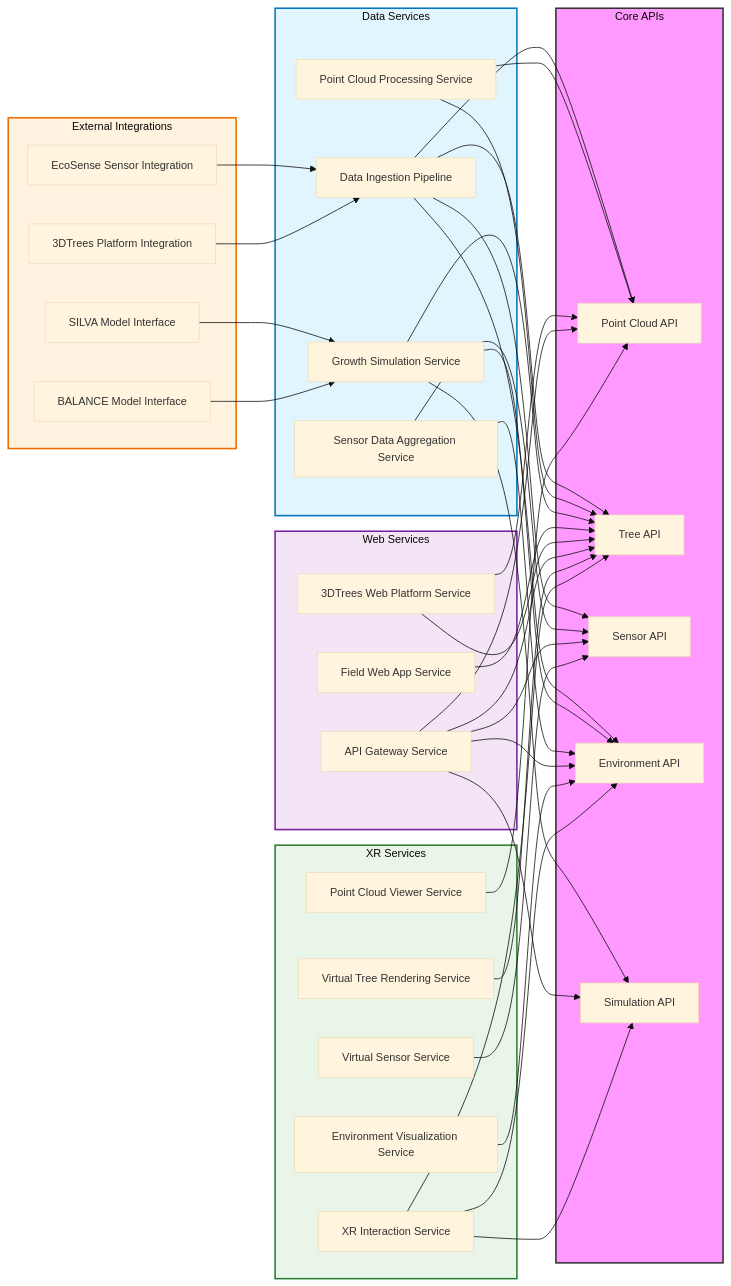
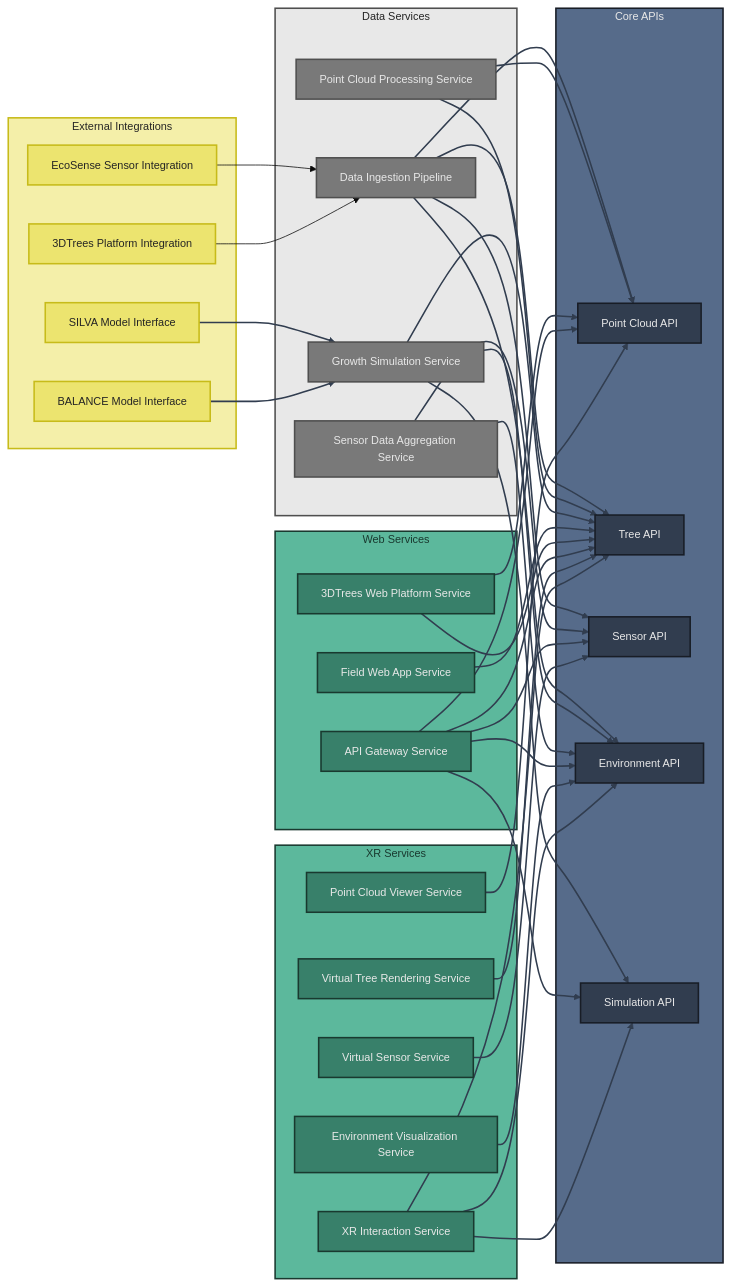
Before and after one commit to XRFutureForests/digital-twin-db: the diagram in docs/architecture/services.md, drawn with Mermaid. The commit also changed 31 other files, not shown here.

````diff
--- a/docs/architecture/services.md
+++ b/docs/architecture/services.md
@@ -10,7 +10,7 @@
 'theme': 'base',
 'themeVariables': {
 'fontSize': '14px',
-'secondaryColor': '#d2d2d2'
+'secondaryColor': '#ababab'
 }
 }
 }%%
@@ -90,15 +90,30 @@
 ES3 --> DS1
 ES4 --> DS1
 
-classDef apiLayer fill:#f9f,stroke:#333,stroke-width:2px
-classDef dataServices fill:#e1f5fe,stroke:#0277bd,stroke-width:2px
-classDef webServices fill:#f3e5f5,stroke:#7b1fa2,stroke-width:2px
-classDef xrServices fill:#e8f5e8,stroke:#2e7d32,stroke-width:2px
-classDef externalServices fill:#fff3e0,stroke:#ef6c00,stroke-width:2px
+%% Subgraph styling
+classDef apiLayer fill:#566b8a,stroke:#181d26,stroke-width:2px,color:#e8e8e8
+classDef dataServices fill:#e8e8e8,stroke:#4f4f4f,stroke-width:2px,color:#242424
+classDef webServices fill:#5CB89C,stroke:#19392f,stroke-width:2px,color:#19392f
+classDef xrServices fill:#5CB89C,stroke:#19392f,stroke-width:2px,color:#19392f
+classDef externalServices fill:#F4EFA9,stroke:#c7bb1a,stroke-width:2px,color:#242424
+
+%% Node styling
+classDef apiNode fill:#313D4F,stroke:#181d26,stroke-width:2px,color:#e8e8e8
+classDef dataNode fill:#797979,stroke:#4f4f4f,stroke-width:2px,color:#e8e8e8
+classDef webNode fill:#38806a,stroke:#19392f,stroke-width:2px,color:#e8e8e8
+classDef xrNode fill:#38806a,stroke:#19392f,stroke-width:2px,color:#e8e8e8
+classDef externalNode fill:#ECE46f,stroke:#c7bb1a,stroke-width:2px,color:#242424
 
 class API_LAYER apiLayer
+class API1,API2,API3,API4,API5 apiNode
 class DATA_SERVICES dataServices
+class DS1,DS2,DS3,DS4 dataNode
 class WEB_SERVICES webServices
+class WS1,WS2,WS3 webNode
 class XR_SERVICES xrServices
+class XS1,XS2,XS3,XS4,XS5 xrNode
 class EXTERNAL_SERVICES externalServices
+class ES1,ES2,ES3,ES4 externalNode
+
+linkStyle 0,1,2,3,4,5,6,7,8,9,10,11,12,13,14,15,16,17,18,19,20,21,22,23,24,25,26,27 stroke:#313D4F,stroke-width:2px
 ```
````
